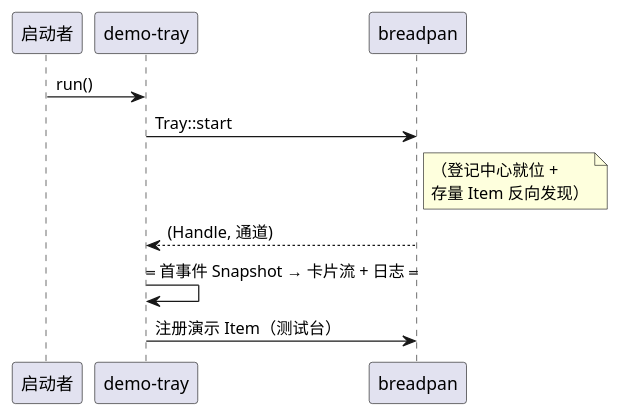
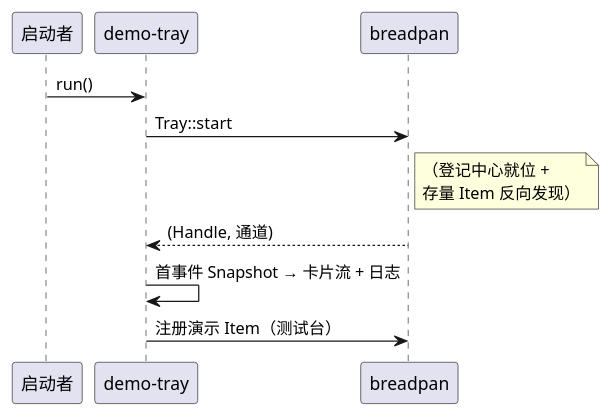
One commit to 54m43lJ/BreadKnife changed the diagram in diagram/demo-tray-startup.puml. Above: the diagram before and after it, drawn with PlantUML. The commit also changed 13 other files, not shown here.

First line of the commit message:
docs(diagram): 清理 == 残留；§2.7 活动图对照修订

```diff
--- a/diagram/demo-tray-startup.puml
+++ b/diagram/demo-tray-startup.puml
@@ -1,15 +1,15 @@
 @startuml demo-tray-startup
 participant 启动者
 participant "demo-tray" as dt
 participant breadpan
 
 启动者 -> dt: run()
 dt -> breadpan: Tray::start
 note right of breadpan
   （登记中心就位 +
   存量 Item 反向发现）
 end note
 breadpan --> dt: (Handle, 通道)
-dt -> dt: == 首事件 Snapshot → 卡片流 + 日志 ==
+dt -> dt: 首事件 Snapshot → 卡片流 + 日志
 dt -> breadpan: 注册演示 Item（测试台）
 @enduml
```
